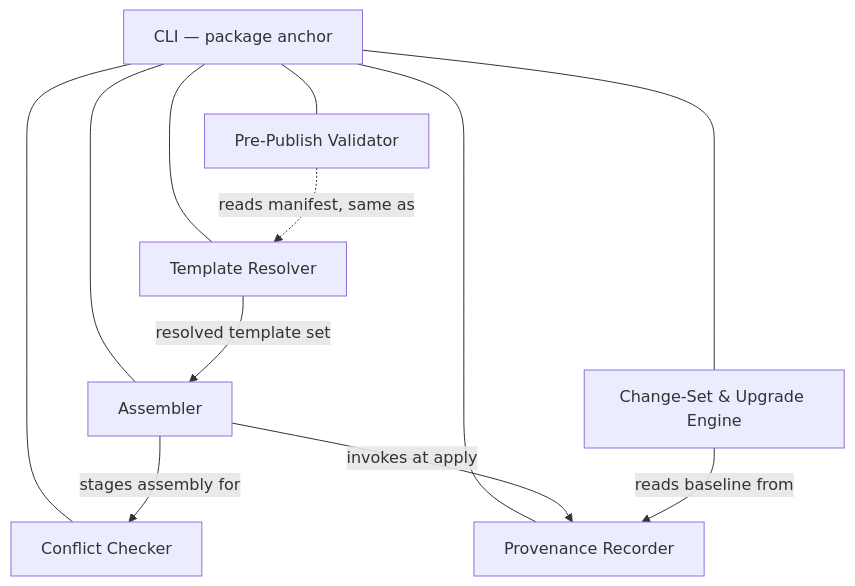
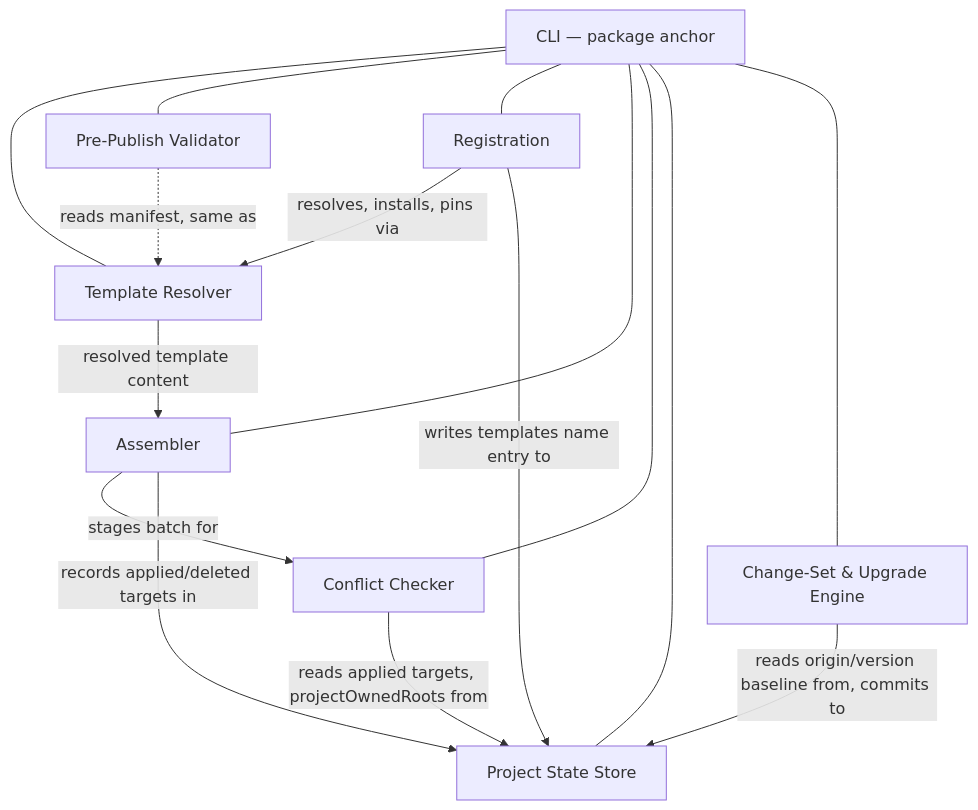
The first of 4 diagrams in packages/cli/architecture/DESIGN.md (constructorfabric/gears-frontx), drawn with Mermaid before and after one commit. The commit also changed other lines of this file and 36 other files, not shown here.

First line of the commit message:
docs(arch): redesign template registration around one project state file (ADR 0035-0042)

````diff
--- a/packages/cli/architecture/DESIGN.md
+++ b/packages/cli/architecture/DESIGN.md
@@ -87,14 +93,18 @@
 ```mermaid
 graph TD
     CLI[CLI — package anchor] --- RES[Template Resolver]
     CLI --- VAL[Pre-Publish Validator]
+    CLI --- REG[Registration]
     CLI --- ASM[Assembler]
     CLI --- CHK[Conflict Checker]
-    CLI --- PROV[Provenance Recorder]
+    CLI --- STATE[Project State Store]
     CLI --- ENG[Change-Set & Upgrade Engine]
     VAL -.->|reads manifest, same as| RES
-    RES -->|resolved template set| ASM
-    ASM -->|stages assembly for| CHK
-    ASM -->|invokes at apply| PROV
-    ENG -->|reads baseline from| PROV
+    REG -->|resolves, installs, pins via| RES
+    REG -->|writes templates name entry to| STATE
+    RES -->|resolved template content| ASM
+    ASM -->|stages batch for| CHK
+    ASM -->|records applied/deleted targets in| STATE
+    CHK -->|reads applied targets, projectOwnedRoots from| STATE
+    ENG -->|reads origin/version baseline from, commits to| STATE
 ```
````
